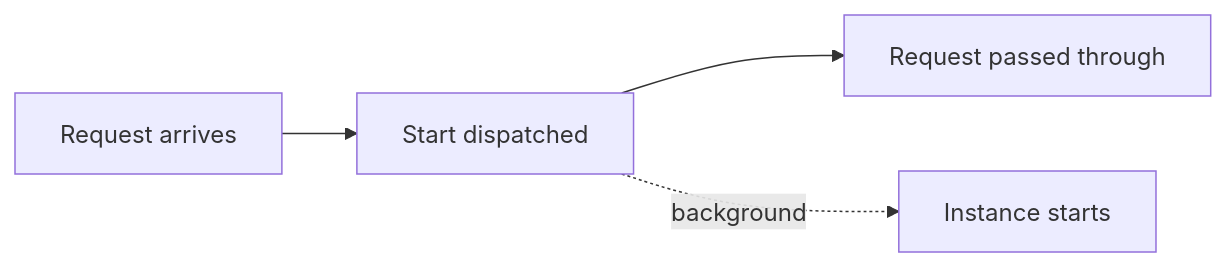
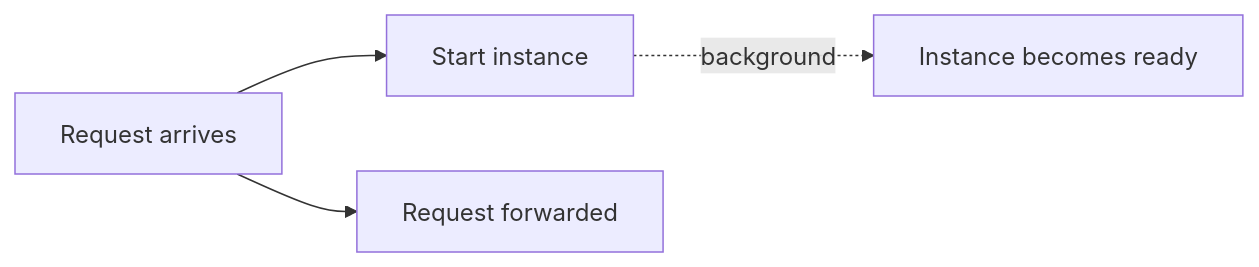
Before and after one commit to sablierapp/sablier: the first of 2 diagrams in docs/content/how-to-guides/loading-strategies/start-without-waiting.md, drawn with Mermaid. The commit also changed other lines of this file and 4 other files, not shown here.

````diff
--- a/docs/content/how-to-guides/loading-strategies/start-without-waiting.md
+++ b/docs/content/how-to-guides/loading-strategies/start-without-waiting.md
@@ -24,6 +24,6 @@
 ```mermaid
 flowchart LR
-    request[Request arrives] --> start[Start dispatched]
-    start --> forward[Request passed through]
-    start -.->|background| ready[Instance starts]
+		request[Request arrives] --> start[Start instance]
+		request --> forward[Request forwarded]
+		start -.->|background| ready[Instance becomes ready]
 ```
````
